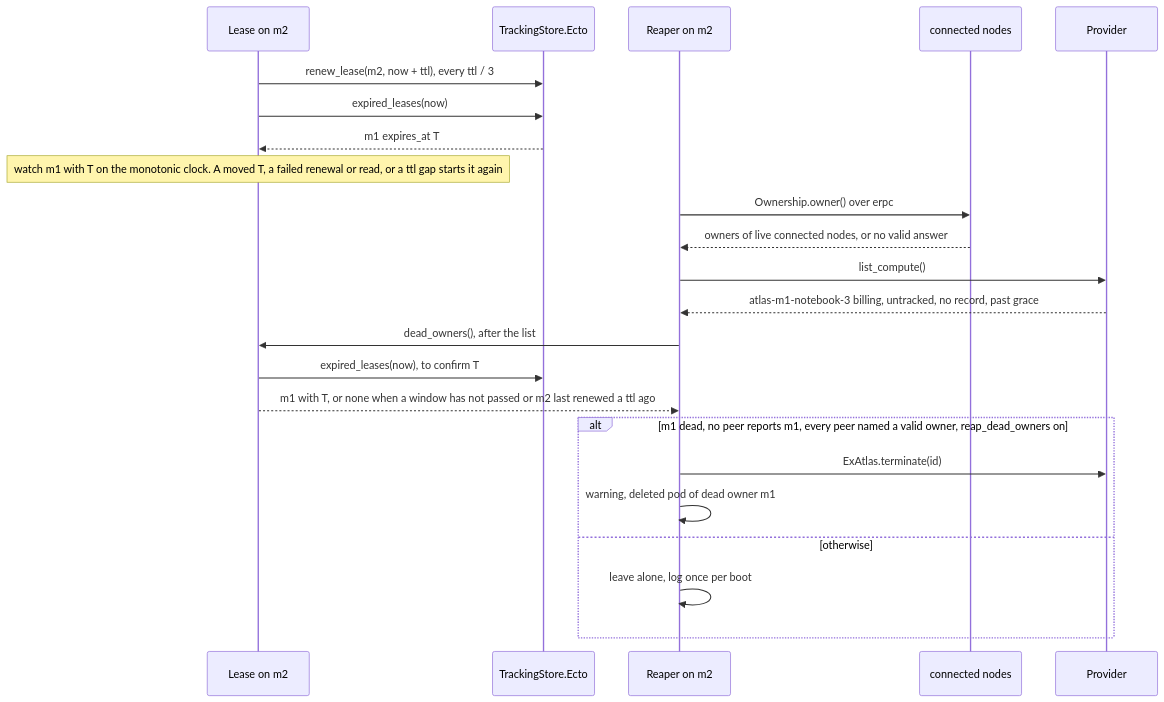
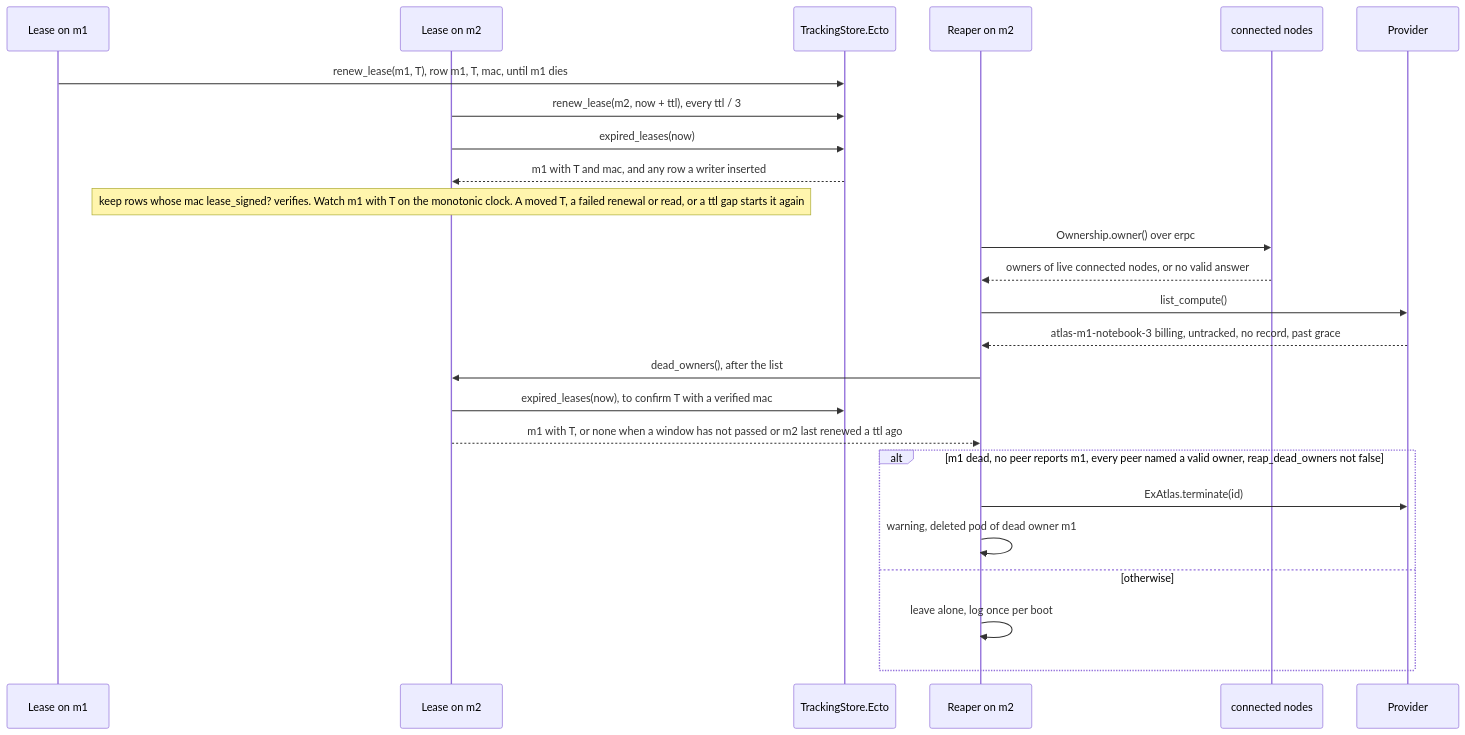
The fourth of 15 diagrams in docs/architecture.md (udin-io/ex_atlas), drawn with Mermaid before and after one commit. The commit also changed other lines of this file and 21 other files, not shown here.

First line of the commit message:
Sign owner lease rows; dead-owner deletion on by default (#149)

````diff
--- a/docs/architecture.md
+++ b/docs/architecture.md
@@ -187,25 +195,27 @@
 ```mermaid
 sequenceDiagram
+  participant L1 as Lease on m1
   participant L2 as Lease on m2
   participant Store as TrackingStore.Ecto
   participant R2 as Reaper on m2
   participant Peers as connected nodes
   participant P as Provider
+  L1->>Store: renew_lease(m1, T), row m1, T, mac, until m1 dies
   L2->>Store: renew_lease(m2, now + ttl), every ttl / 3
   L2->>Store: expired_leases(now)
-  Store-->>L2: m1 expires_at T
-  Note over L2: watch m1 with T on the monotonic clock. A moved T, a failed renewal or read, or a ttl gap starts it again
+  Store-->>L2: m1 with T and mac, and any row a writer inserted
+  Note over L2: keep rows whose mac lease_signed? verifies. Watch m1 with T on the monotonic clock. A moved T, a failed renewal or read, or a ttl gap starts it again
   R2->>Peers: Ownership.owner() over erpc
   Peers-->>R2: owners of live connected nodes, or no valid answer
   R2->>P: list_compute()
   P-->>R2: atlas-m1-notebook-3 billing, untracked, no record, past grace
   R2->>L2: dead_owners(), after the list
-  L2->>Store: expired_leases(now), to confirm T
+  L2->>Store: expired_leases(now), to confirm T with a verified mac
   L2-->>R2: m1 with T, or none when a window has not passed or m2 last renewed a ttl ago
-  alt m1 dead, no peer reports m1, every peer named a valid owner, reap_dead_owners on
+  alt m1 dead, no peer reports m1, every peer named a valid owner, reap_dead_owners not false
     R2->>P: ExAtlas.terminate(id)
     R2->>R2: warning, deleted pod of dead owner m1
   else otherwise
     R2->>R2: leave alone, log once per boot
   end
 ```
````
